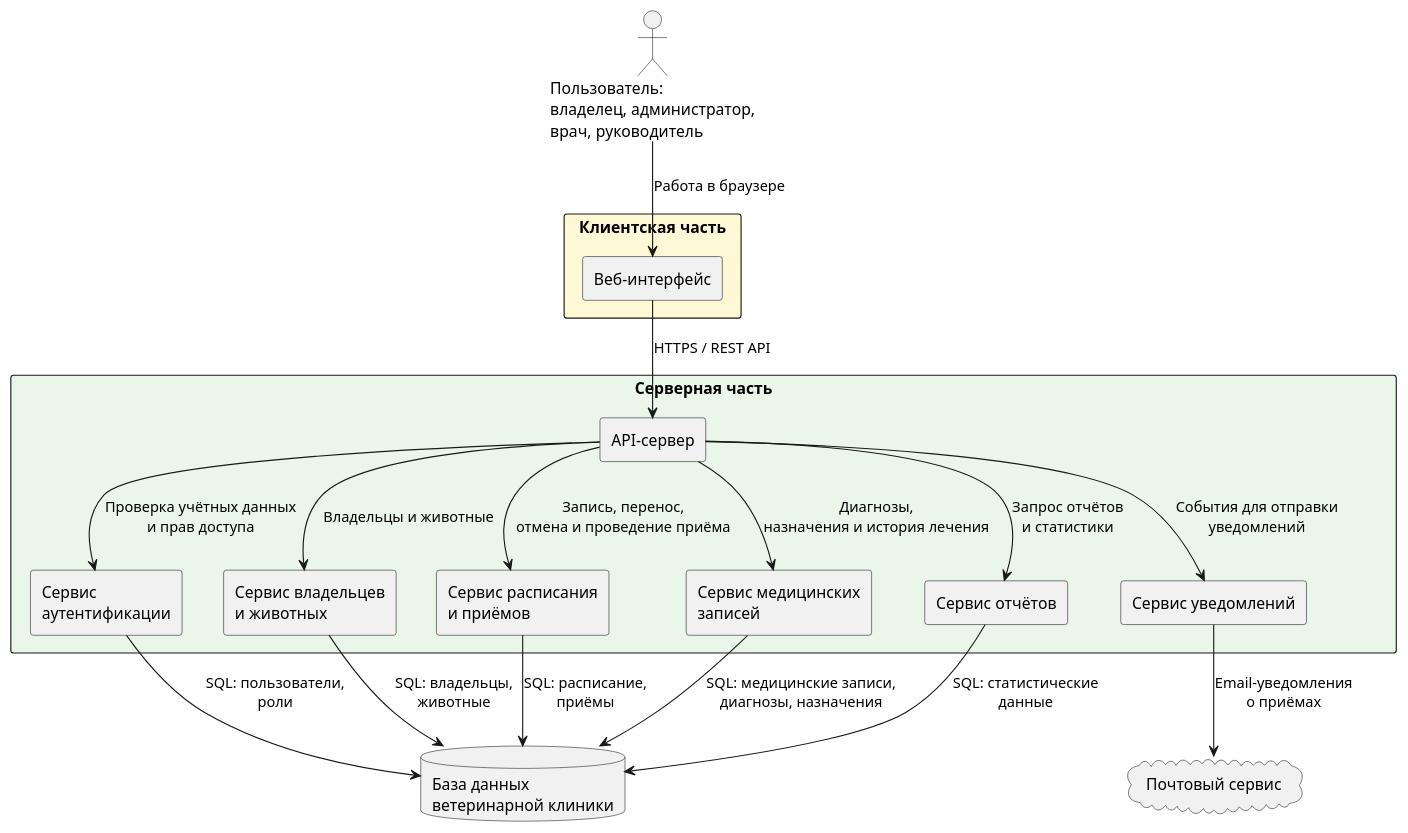
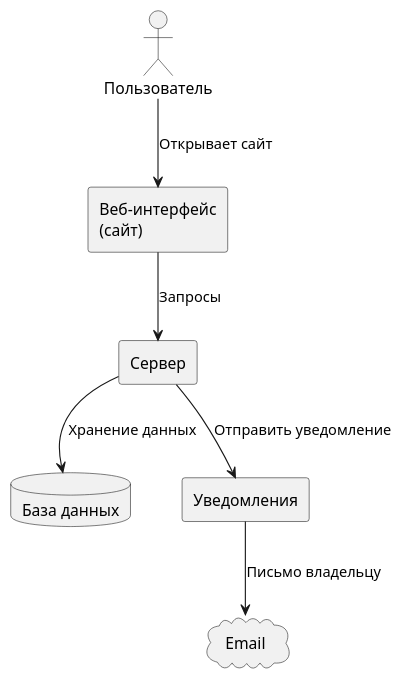
One commit to Skyflam60/ist-lab1- changed the diagram in diagrams/architecture.puml. Above: the diagram before and after it, drawn with PlantUML.

```diff
--- a/diagrams/architecture.puml
+++ b/diagrams/architecture.puml
@@ -1,47 +1,19 @@
 @startuml
+
 top to bottom direction
 
-skinparam backgroundColor white
-skinparam shadowing false
-skinparam packageStyle rectangle
-skinparam componentStyle rectangle
+actor "Пользователь" as User
 
-actor "Пользователь:\nвладелец, администратор,\nврач, руководитель" as User
+rectangle "Веб-интерфейс\n(сайт)" as Web
+rectangle "Сервер" as Server
+database "База данных" as DB
+rectangle "Уведомления" as Notifications
+cloud "Email" as Email
 
-package "Клиентская часть" #FFF8D6 {
-    [Веб-интерфейс] as Web
-}
-
-package "Серверная часть" #EAF6EA {
-    [API-сервер] as API
-
-    [Сервис\nаутентификации] as Auth
-    [Сервис владельцев\nи животных] as Pets
-    [Сервис расписания\nи приёмов] as Visits
-    [Сервис медицинских\nзаписей] as Medical
-    [Сервис уведомлений] as Notifications
-    [Сервис отчётов] as Reports
-}
-
-database "База данных\nветеринарной клиники" as DB
-cloud "Почтовый сервис" as Mail
-
-User --> Web : Работа в браузере
-Web --> API : HTTPS / REST API
-
-API --> Auth : Проверка учётных данных\nи прав доступа
-API --> Pets : Владельцы и животные
-API --> Visits : Запись, перенос,\nотмена и проведение приёма
-API --> Medical : Диагнозы,\nназначения и история лечения
-API --> Notifications : События для отправки\nуведомлений
-API --> Reports : Запрос отчётов\nи статистики
-
-Auth --> DB : SQL: пользователи,\nроли
-Pets --> DB : SQL: владельцы,\nживотные
-Visits --> DB : SQL: расписание,\nприёмы
-Medical --> DB : SQL: медицинские записи,\nдиагнозы, назначения
-Reports --> DB : SQL: статистические\nданные
-
-Notifications --> Mail : Email-уведомления\nо приёмах
+User --> Web : Открывает сайт
+Web --> Server : Запросы
+Server --> DB : Хранение данных
+Server --> Notifications : Отправить уведомление
+Notifications --> Email : Письмо владельцу
 
 @enduml
```
